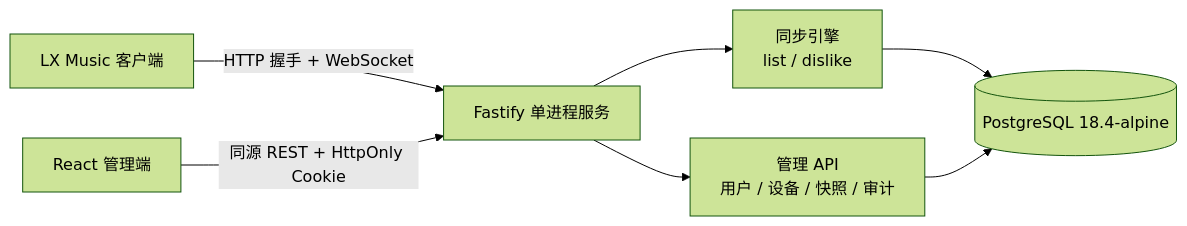
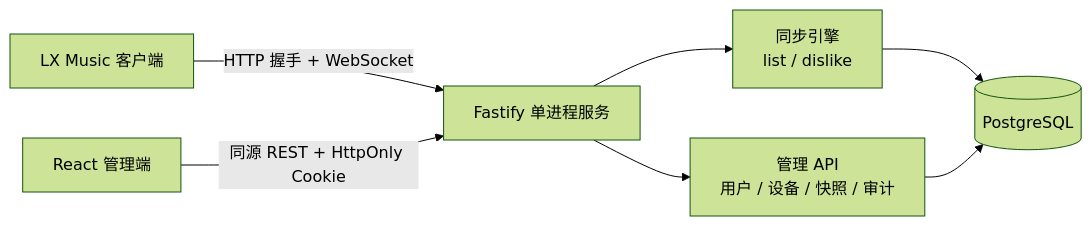
One commit to Elykia093/LX-Sync changed the diagram in README.md. Above: the diagram before and after it, drawn with Mermaid (forest theme). The commit also changed other lines of this file and 12 other files, not shown here.

````diff
--- a/README.md
+++ b/README.md
@@ -21,9 +21,9 @@
 ```mermaid
 flowchart LR
   LX["LX Music 客户端"] -->|"HTTP 握手 + WebSocket"| S["Fastify 单进程服务"]
   W["React 管理端"] -->|"同源 REST + HttpOnly Cookie"| S
   S --> E["同步引擎\nlist / dislike"]
   S --> A["管理 API\n用户 / 设备 / 快照 / 审计"]
-  E --> P[("PostgreSQL 18.4-alpine")]
+  E --> P[("PostgreSQL")]
   A --> P
 ```
````
